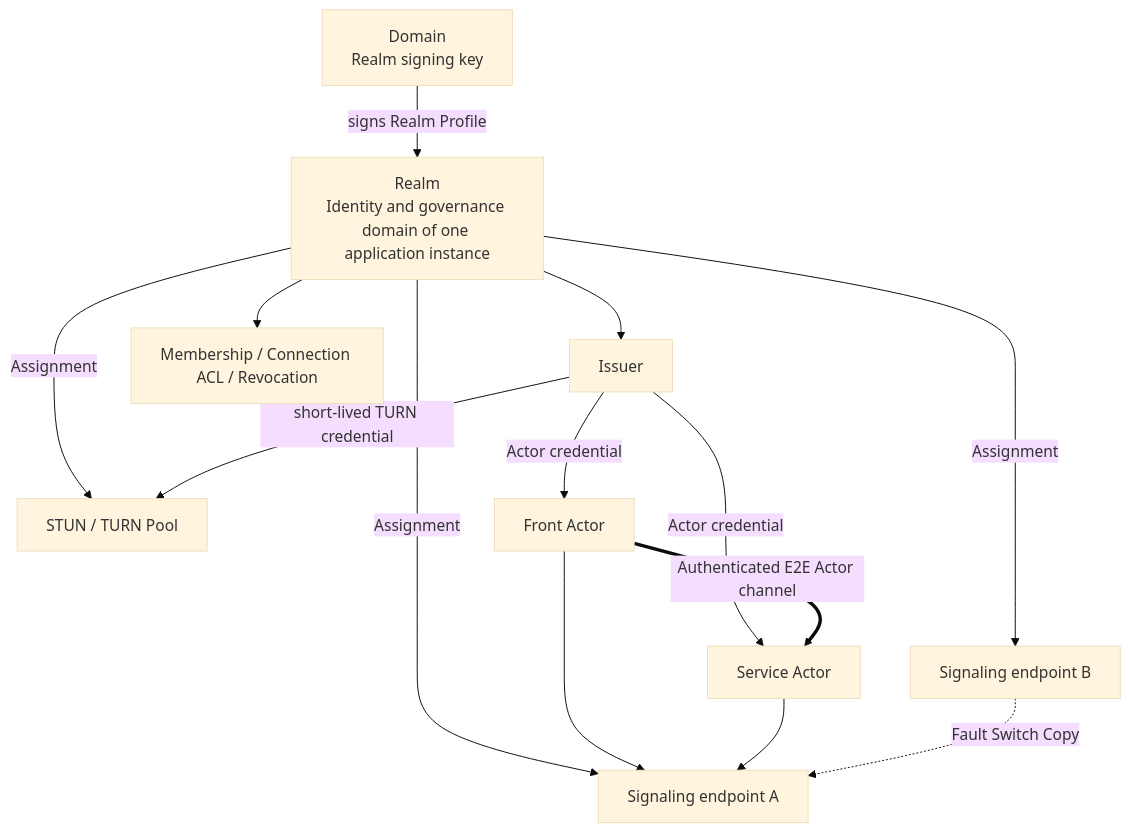
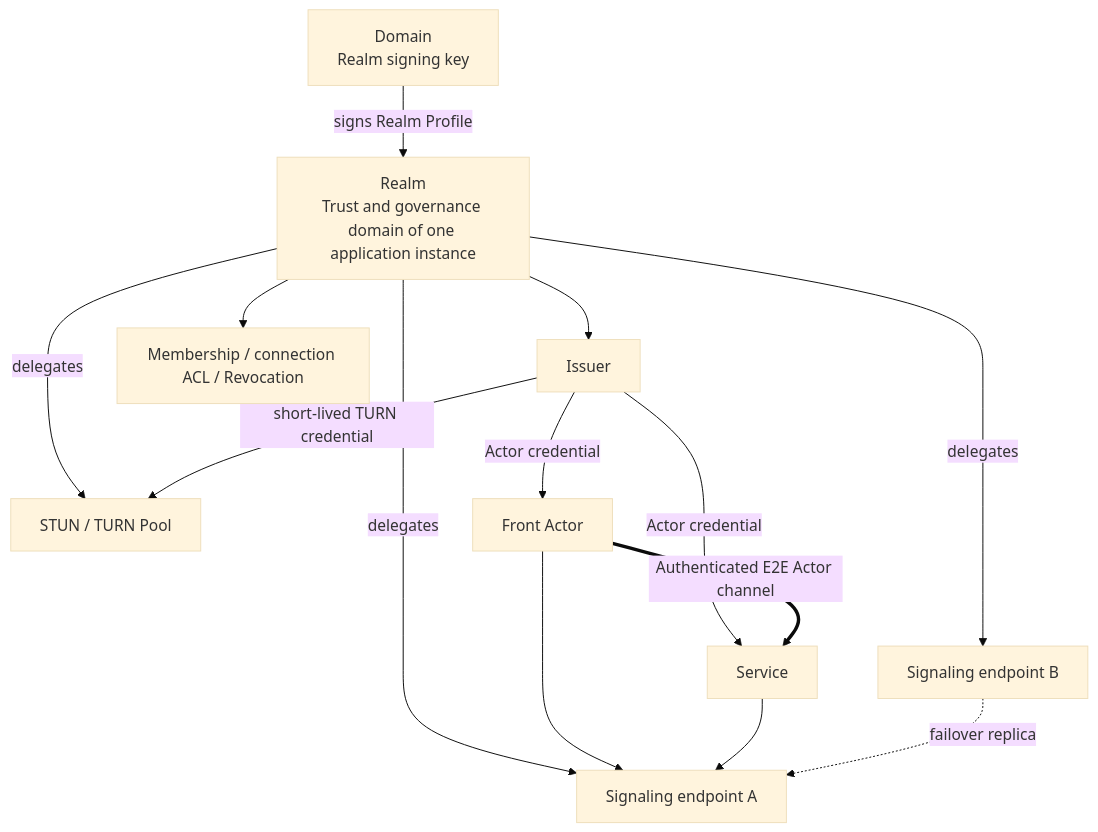
The diagram in docs/product/actrium-v1/07-realm-network-and-identity.md (Actrium/actrium), drawn with Mermaid (base theme) before and after one commit. The commit also changed other lines of this file and 15 other files, not shown here.

````diff
--- a/docs/product/actrium-v1/07-realm-network-and-identity.md
+++ b/docs/product/actrium-v1/07-realm-network-and-identity.md
@@ -5,26 +5,26 @@
 ```mermaid
 flowchart TB
     NS["Domain<br/>Realm signing key"]
-    R["Realm<br/>Identity and governance domain of one application instance"]
+    R["Realm<br/>Trust and governance domain of one application instance"]
     ISS["Issuer"]
     SG1["Signaling endpoint A"]
     SG2["Signaling endpoint B"]
     ICE["STUN / TURN Pool"]
-    ACL["Membership / Connection ACL / Revocation"]
+    ACL["Membership / connection ACL / Revocation"]
     F["Front Actor"]
-    S["Service Actor"]
+    S["Service"]
 
     NS -->|signs Realm Profile| R
     R --> ISS
     R --> ACL
-    R -->|Assignment| SG1
-    R -->|Assignment| SG2
-    R -->|Assignment| ICE
+    R -->|delegates| SG1
+    R -->|delegates| SG2
+    R -->|delegates| ICE
     ISS -->|Actor credential| F
     ISS -->|Actor credential| S
     ISS -->|short-lived TURN credential| ICE
     F --> SG1
     S --> SG1
-    SG2 -.Fault Switch Copy.-> SG1
+    SG2 -.failover replica.-> SG1
     F == "Authenticated E2E Actor channel" ==> S
 ```
````
